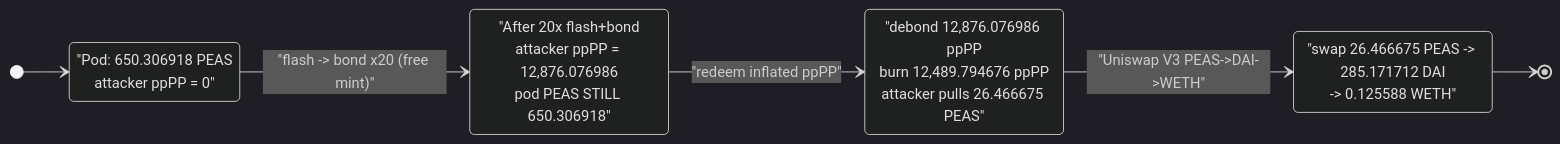
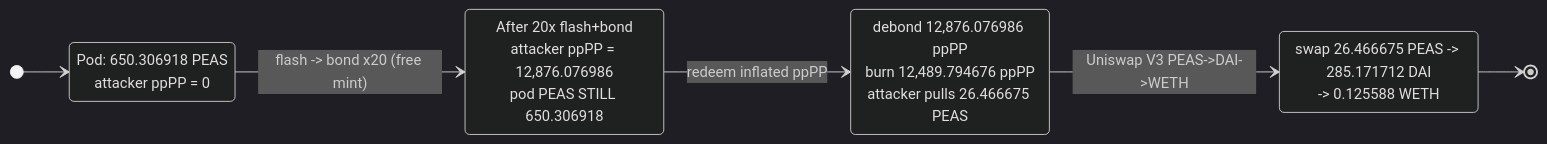
Before and after one commit to sanbir/evm-hack-registry: the third of 3 diagrams in 2024-01-PeapodsFinance_exp/PeapodsFinance_exp.md, drawn with Mermaid (dark theme). The commit also changed 280 other files, not shown here.

Commit message:
mermaid fixes

````diff
--- a/2024-01-PeapodsFinance_exp/PeapodsFinance_exp.md
+++ b/2024-01-PeapodsFinance_exp/PeapodsFinance_exp.md
@@ -294,13 +294,13 @@
 ```mermaid
 stateDiagram-v2
     direction LR
     [*] --> Honest
-    Honest: "Pod: 650.306918 PEAS<br/>attacker ppPP = 0"
-    Loop: "After 20x flash+bond<br/>attacker ppPP = 12,876.076986<br/>pod PEAS STILL 650.306918"
-    Drain: "debond 12,876.076986 ppPP<br/>burn 12,489.794676 ppPP<br/>attacker pulls 26.466675 PEAS"
-    Cashout: "swap 26.466675 PEAS -> 285.171712 DAI<br/>-> 0.125588 WETH"
-    Honest --> Loop: "flash -> bond x20 (free mint)"
-    Loop --> Drain: "redeem inflated ppPP"
-    Drain --> Cashout: "Uniswap V3 PEAS->DAI->WETH"
+    Honest: Pod#58; 650.306918 PEAS<br/>attacker ppPP = 0
+    Loop: After 20x flash+bond<br/>attacker ppPP = 12,876.076986<br/>pod PEAS STILL 650.306918
+    Drain: debond 12,876.076986 ppPP<br/>burn 12,489.794676 ppPP<br/>attacker pulls 26.466675 PEAS
+    Cashout: swap 26.466675 PEAS -> 285.171712 DAI<br/>-> 0.125588 WETH
+    Honest --> Loop: flash -> bond x20 (free mint)
+    Loop --> Drain: redeem inflated ppPP
+    Drain --> Cashout: Uniswap V3 PEAS->DAI->WETH
     Cashout --> [*]
 ```
````
